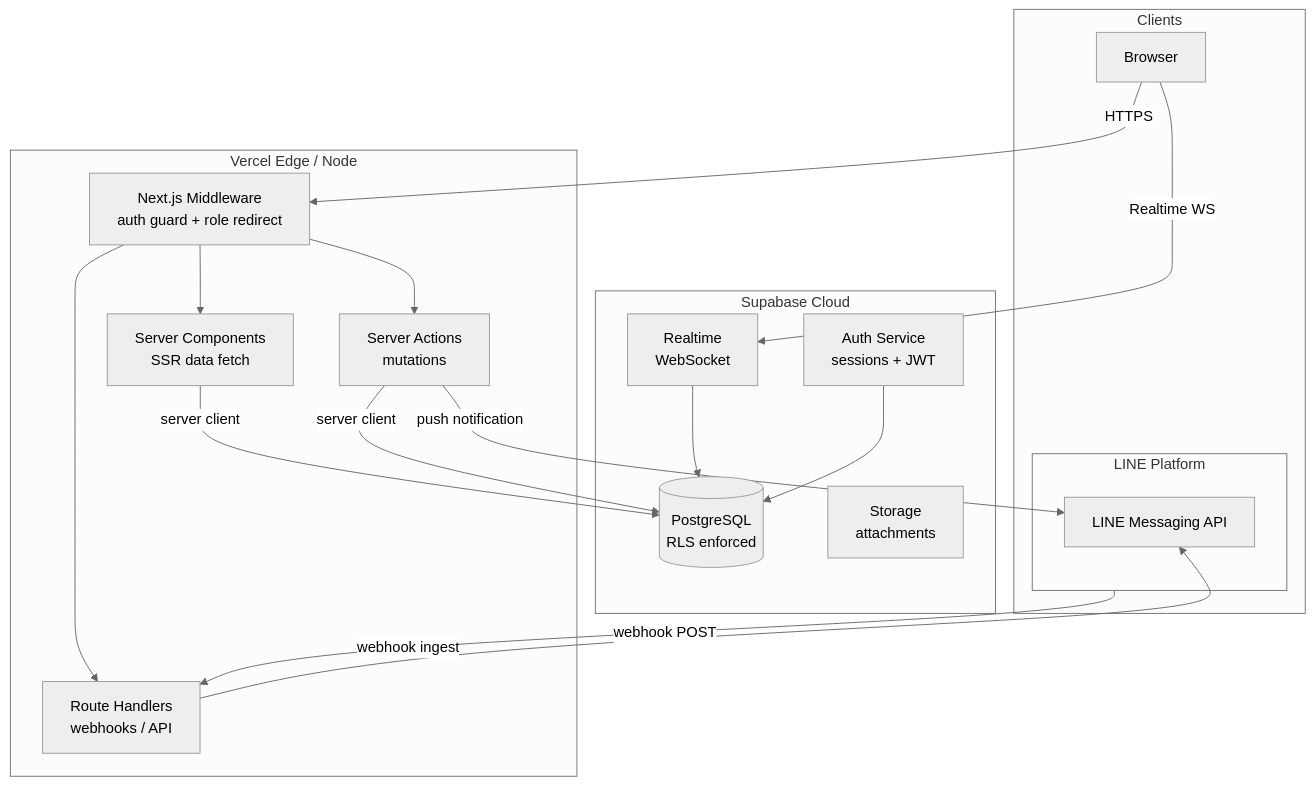
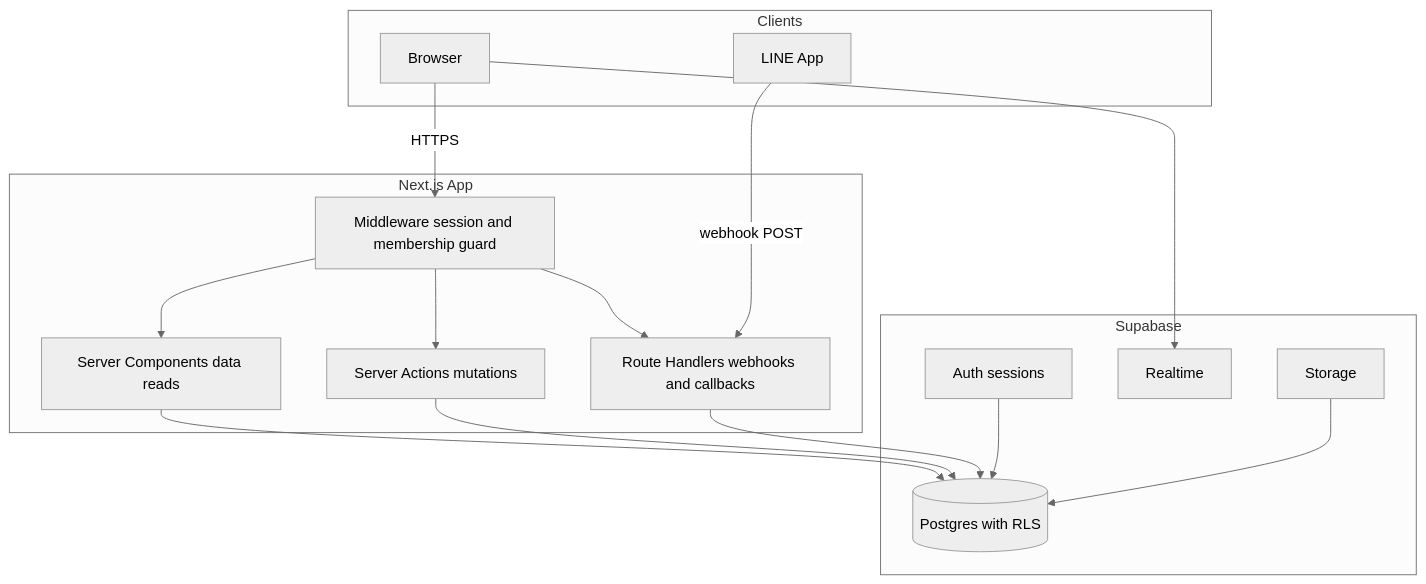
One commit to HACKUOrg/habio-web changed the first of 8 diagrams in docs/02-system-architecture.md. Above: the diagram before and after it, drawn with Mermaid (neutral theme). The commit also changed other lines of this file and 82 other files, not shown here.

````diff
--- a/docs/02-system-architecture.md
+++ b/docs/02-system-architecture.md
@@ -22,38 +20,33 @@
 ```mermaid
 graph TB
     subgraph clients [Clients]
         browser[Browser]
-        line[LINE App]
+        lineApp[LINE App]
     end
 
-    subgraph vercel [Vercel Edge / Node]
-        middleware[Next.js Middleware\nauth guard + role redirect]
-        serverComponents[Server Components\nSSR data fetch]
-        serverActions[Server Actions\nmutations]
-        routeHandlers[Route Handlers\nwebhooks / API]
+    subgraph nextApp [Next.js App]
+        middleware[Middleware session and membership guard]
+        serverComponents[Server Components data reads]
+        serverActions[Server Actions mutations]
+        routeHandlers[Route Handlers webhooks and callbacks]
     end
 
-    subgraph supabase [Supabase Cloud]
-        authService[Auth Service\nsessions + JWT]
-        postgres[(PostgreSQL\nRLS enforced)]
-        realtime[Realtime\nWebSocket]
-        storage[Storage\nattachments]
-    end
-
-    subgraph line [LINE Platform]
-        lineApi[LINE Messaging API]
+    subgraph supabase [Supabase]
+        authService[Auth sessions]
+        postgres[(Postgres with RLS)]
+        realtime[Realtime]
+        storage[Storage]
     end
 
     browser -->|HTTPS| middleware
     middleware --> serverComponents
     middleware --> serverActions
     middleware --> routeHandlers
-    serverComponents -->|server client| postgres
-    serverActions -->|server client| postgres
-    serverActions -->|push notification| lineApi
-    routeHandlers -->|webhook ingest| lineApi
-    browser -->|Realtime WS| realtime
-    realtime --> postgres
-    line -->|webhook POST| routeHandlers
+    serverComponents --> postgres
+    serverActions --> postgres
+    routeHandlers --> postgres
+    browser --> realtime
     authService --> postgres
+    storage --> postgres
+    lineApp -->|webhook POST| routeHandlers
 ```
````
